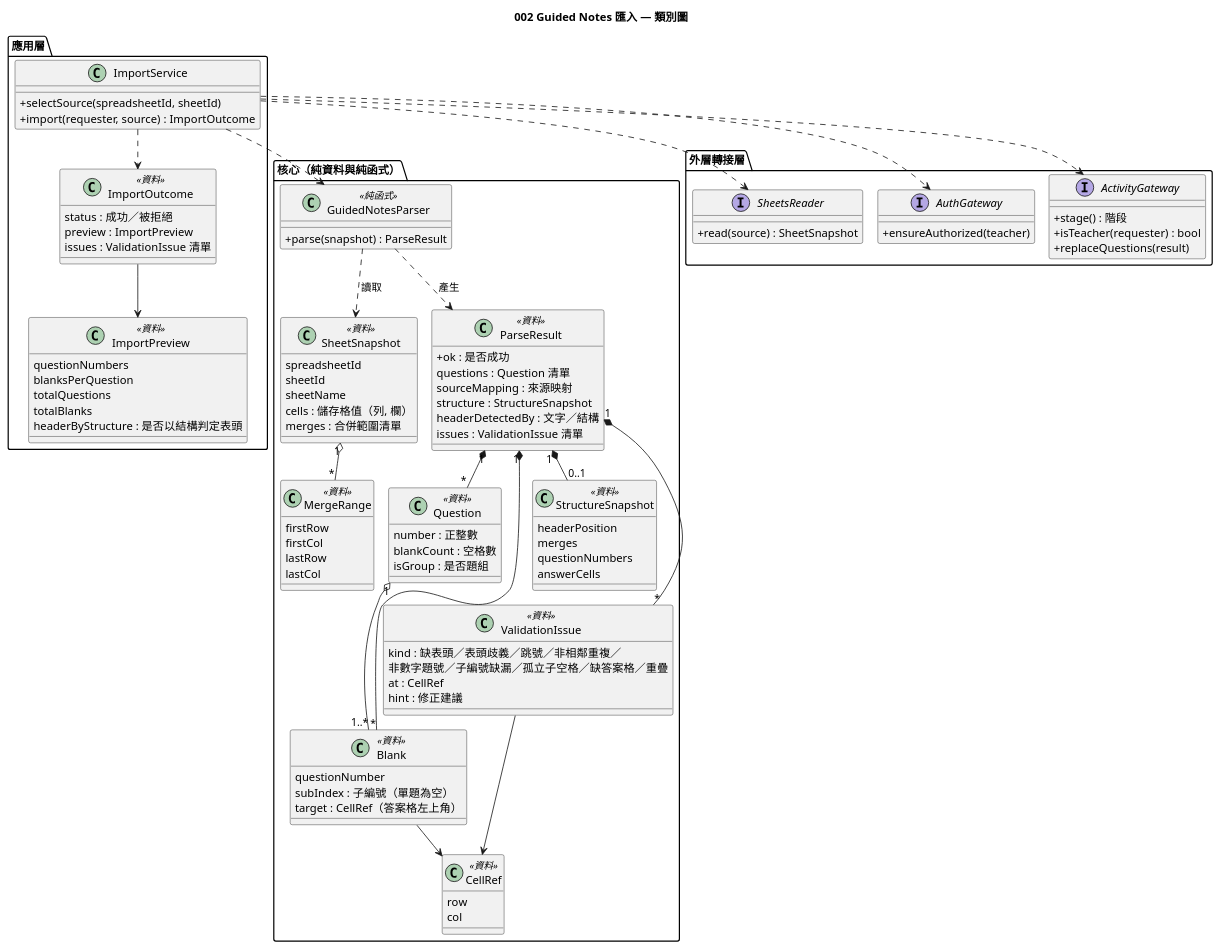
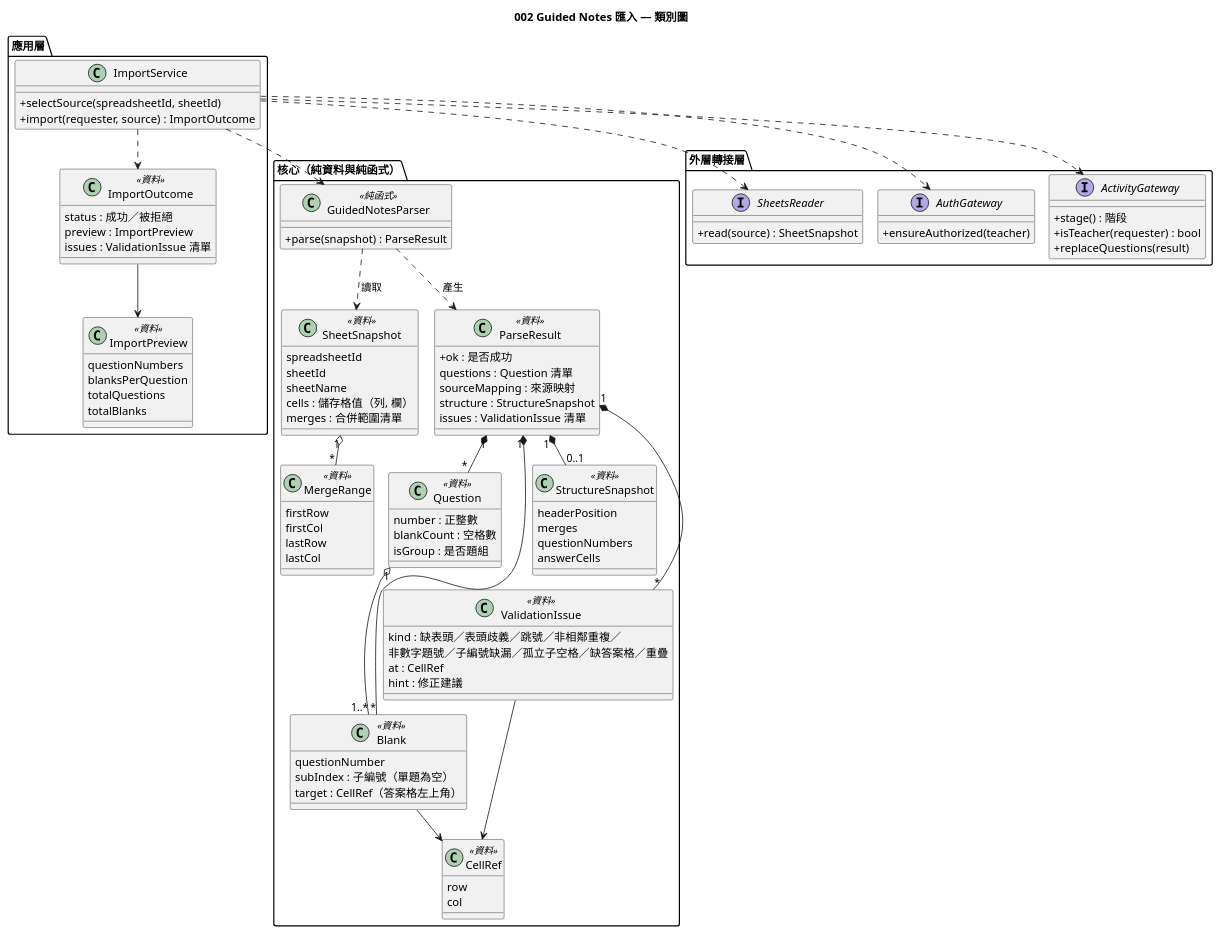
Before and after one commit to EricC430/lecture-answer-first_group16_speckit: the diagram in diagrams/002-guided-notes-import-class.puml, drawn with PlantUML. The commit also changed 8 other files, not shown here.

```diff
--- a/diagrams/002-guided-notes-import-class.puml
+++ b/diagrams/002-guided-notes-import-class.puml
@@ -1,120 +1,118 @@
 @startuml 002-guided-notes-import-class
 !pragma layout smetana
 skinparam defaultFontName "Microsoft JhengHei"
 skinparam classAttributeIconSize 0
 title 002 Guided Notes 匯入 — 類別圖
 
 package "核心（純資料與純函式）" {
   class SheetSnapshot <<資料>> {
     spreadsheetId
     sheetId
     sheetName
     cells : 儲存格值（列, 欄）
     merges : 合併範圍清單
   }
 
   class MergeRange <<資料>> {
     firstRow
     firstCol
     lastRow
     lastCol
   }
 
   class CellRef <<資料>> {
     row
     col
   }
 
   class GuidedNotesParser <<純函式>> {
     +parse(snapshot) : ParseResult
   }
 
   class ParseResult <<資料>> {
     +ok : 是否成功
     questions : Question 清單
     sourceMapping : 來源映射
     structure : StructureSnapshot
-    headerDetectedBy : 文字／結構
     issues : ValidationIssue 清單
   }
 
   class Question <<資料>> {
     number : 正整數
     blankCount : 空格數
     isGroup : 是否題組
   }
 
   class Blank <<資料>> {
     questionNumber
     subIndex : 子編號（單題為空）
     target : CellRef（答案格左上角）
   }
 
   class StructureSnapshot <<資料>> {
     headerPosition
     merges
     questionNumbers
     answerCells
   }
 
   class ValidationIssue <<資料>> {
     kind : 缺表頭／表頭歧義／跳號／非相鄰重複／
     非數字題號／子編號缺漏／孤立子空格／缺答案格／重疊
     at : CellRef
     hint : 修正建議
   }
 }
 
 package "應用層" {
   class ImportService {
     +selectSource(spreadsheetId, sheetId)
     +import(requester, source) : ImportOutcome
   }
 
   class ImportOutcome <<資料>> {
     status : 成功／被拒絕
     preview : ImportPreview
     issues : ValidationIssue 清單
   }
 
   class ImportPreview <<資料>> {
     questionNumbers
     blanksPerQuestion
     totalQuestions
     totalBlanks
-    headerByStructure : 是否以結構判定表頭
   }
 }
 
 package "外層轉接層" {
   interface SheetsReader {
     +read(source) : SheetSnapshot
   }
   interface AuthGateway {
     +ensureAuthorized(teacher)
   }
   interface ActivityGateway {
     +stage() : 階段
     +isTeacher(requester) : bool
     +replaceQuestions(result)
   }
 }
 
 SheetSnapshot "1" o-- "*" MergeRange
 GuidedNotesParser ..> SheetSnapshot : 讀取
 GuidedNotesParser ..> ParseResult : 產生
 ParseResult "1" *-- "*" Question
 ParseResult "1" *-- "*" Blank
 ParseResult "1" *-- "0..1" StructureSnapshot
 ParseResult "1" *-- "*" ValidationIssue
 Question "1" o-- "1..*" Blank
 Blank --> CellRef
 ValidationIssue --> CellRef
 
 ImportService ..> GuidedNotesParser
 ImportService ..> SheetsReader
 ImportService ..> AuthGateway
 ImportService ..> ActivityGateway
 ImportService ..> ImportOutcome
 ImportOutcome --> ImportPreview
 @enduml
```
